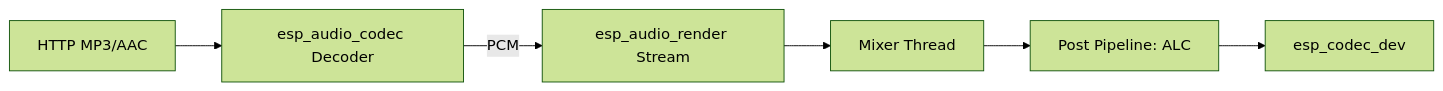
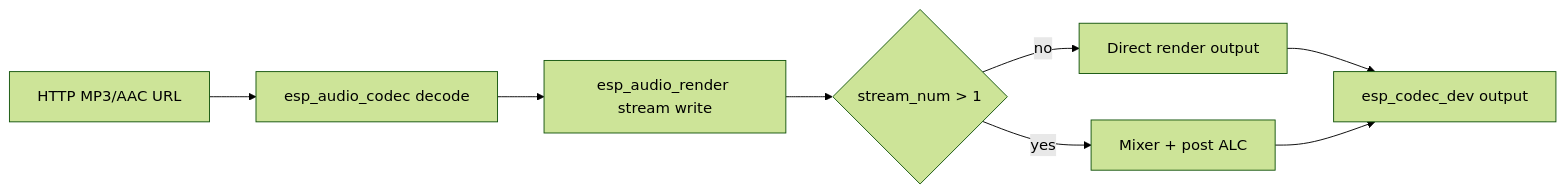
Before and after one commit to espressif/esp-gmf: the diagram in packages/esp_audio_render/examples/audio_render/README.md, drawn with Mermaid (forest theme). The commit also changed other lines of this file and 13 other files, not shown here.

Commit message:
feat(packages): Refine esp_audio_render and esp_capture readme

````diff
--- a/packages/esp_audio_render/examples/audio_render/README.md
+++ b/packages/esp_audio_render/examples/audio_render/README.md
@@ -31,8 +61,10 @@
 ```mermaid
 flowchart LR
-  NET[HTTP MP3/AAC] --> DEC[esp_audio_codec Decoder]
-  DEC -- PCM --> STRM[esp_audio_render Stream]
-  STRM --> MIX[Mixer Thread]
-  MIX --> POST[Post Pipeline: ALC]
-  POST --> SINK[esp_codec_dev]
+  NET[HTTP MP3/AAC URL] --> DEC[esp_audio_codec decode]
+  DEC --> STRM[esp_audio_render stream write]
+  STRM --> MIX{stream_num > 1}
+  MIX -- no --> OUT[Direct render output]
+  MIX -- yes --> MX[Mixer + post ALC]
+  OUT --> SINK[esp_codec_dev output]
+  MX --> SINK
 ```
````
